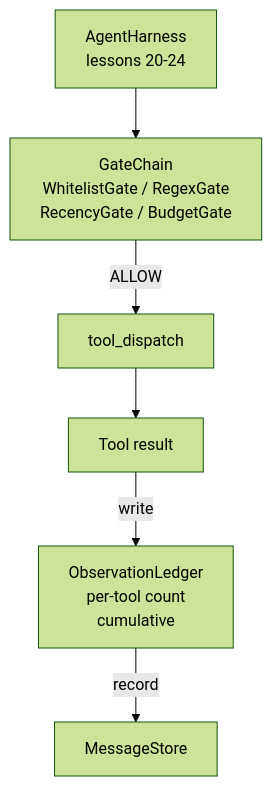
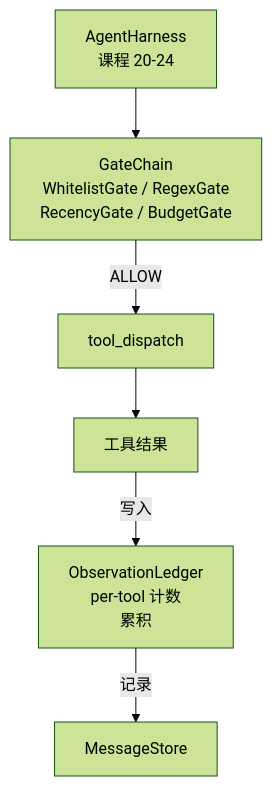
One commit to guangningsun/ailearning changed the second of 2 diagrams in lessons/19-capstone-projects/25-verification-gates-observation-budget/docs/zh.md. Above: the diagram before and after it, drawn with Mermaid (forest theme). The commit also changed other lines of this file and 85 other files, not shown here.

````diff
--- a/lessons/19-capstone-projects/25-verification-gates-observation-budget/docs/zh.md
+++ b/lessons/19-capstone-projects/25-verification-gates-observation-budget/docs/zh.md
@@ -55,8 +55,8 @@
 ```mermaid
 flowchart TD
-  Harness[AgentHarness<br/>lessons 20-24] --> Chain[GateChain<br/>WhitelistGate / RegexGate<br/>RecencyGate / BudgetGate]
+  Harness[AgentHarness<br/>课程 20-24] --> Chain[GateChain<br/>WhitelistGate / RegexGate<br/>RecencyGate / BudgetGate]
   Chain -->|ALLOW| Dispatch[tool_dispatch]
-  Dispatch --> Result[Tool result]
-  Result -->|write| Ledger[ObservationLedger<br/>per-tool count<br/>cumulative]
-  Ledger -->|record| Store[MessageStore]
+  Dispatch --> Result[工具结果]
+  Result -->|写入| Ledger[ObservationLedger<br/>per-tool 计数<br/>累积]
+  Ledger -->|记录| Store[MessageStore]
 ```
````
